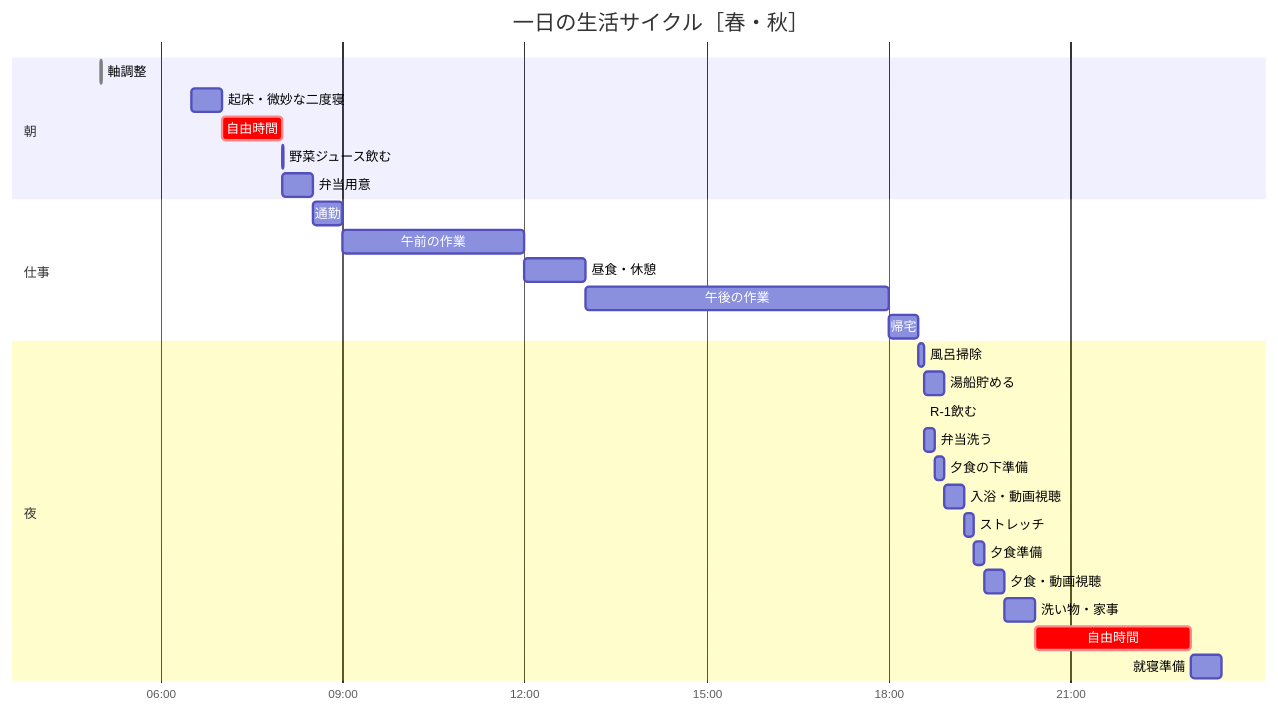
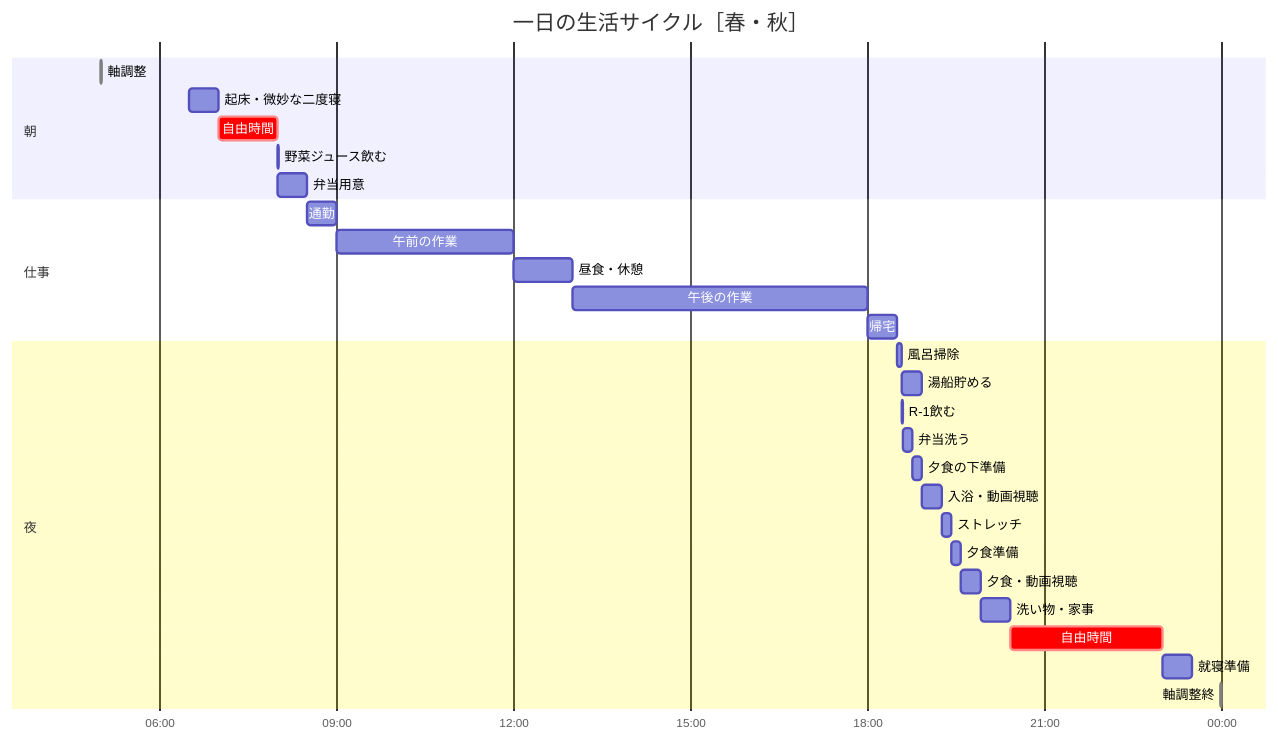
The first of 3 diagrams in memo/ライフスタイル/一日の生活サイクル.md (harurika0303/public-memo), drawn with Mermaid before and after one commit. The commit also changed other lines of this file, not shown here.

````diff
--- a/memo/ライフスタイル/一日の生活サイクル.md
+++ b/memo/ライフスタイル/一日の生活サイクル.md
@@ -5,35 +5,36 @@
 ```mermaid
 gantt
     title 一日の生活サイクル［春・秋］
     dateFormat HH:mm
     axisFormat %H:%M
     tickInterval 1h
 
     section 朝
     軸調整            :done, 05:00, 1m
     起床・微妙な二度寝                :06:30, 30m
     自由時間             :crit, 07:00, 1h
     野菜ジュース飲む     :08:00, 1m
     弁当用意     :08:00, 30m
 
     section 仕事
     通勤             :08:30, 30m
     午前の作業        :09:00, 3h
     昼食・休憩        :12:00, 1h
     午後の作業        :13:00, 5h
     帰宅             :18:00, 30m
 
     section 夜
     風呂掃除        :18:30, 5m
     湯船貯める        :18:35, 20m
     R-1飲む        :18:35, 1m
     弁当洗う        :18:36, 10m
     夕食の下準備        :18:46, 9m
     入浴・動画視聴        :18:55, 20m
     ストレッチ        :19:15, 10m
     夕食準備        :19:25, 10m
     夕食・動画視聴        :19:35, 20m
     洗い物・家事        :19:55, 30m
     自由時間          :crit, 20:25, 155m
     就寝準備          :23:00, 30m
+    軸調整終          :done, 23:59, 1m
 ```
````
